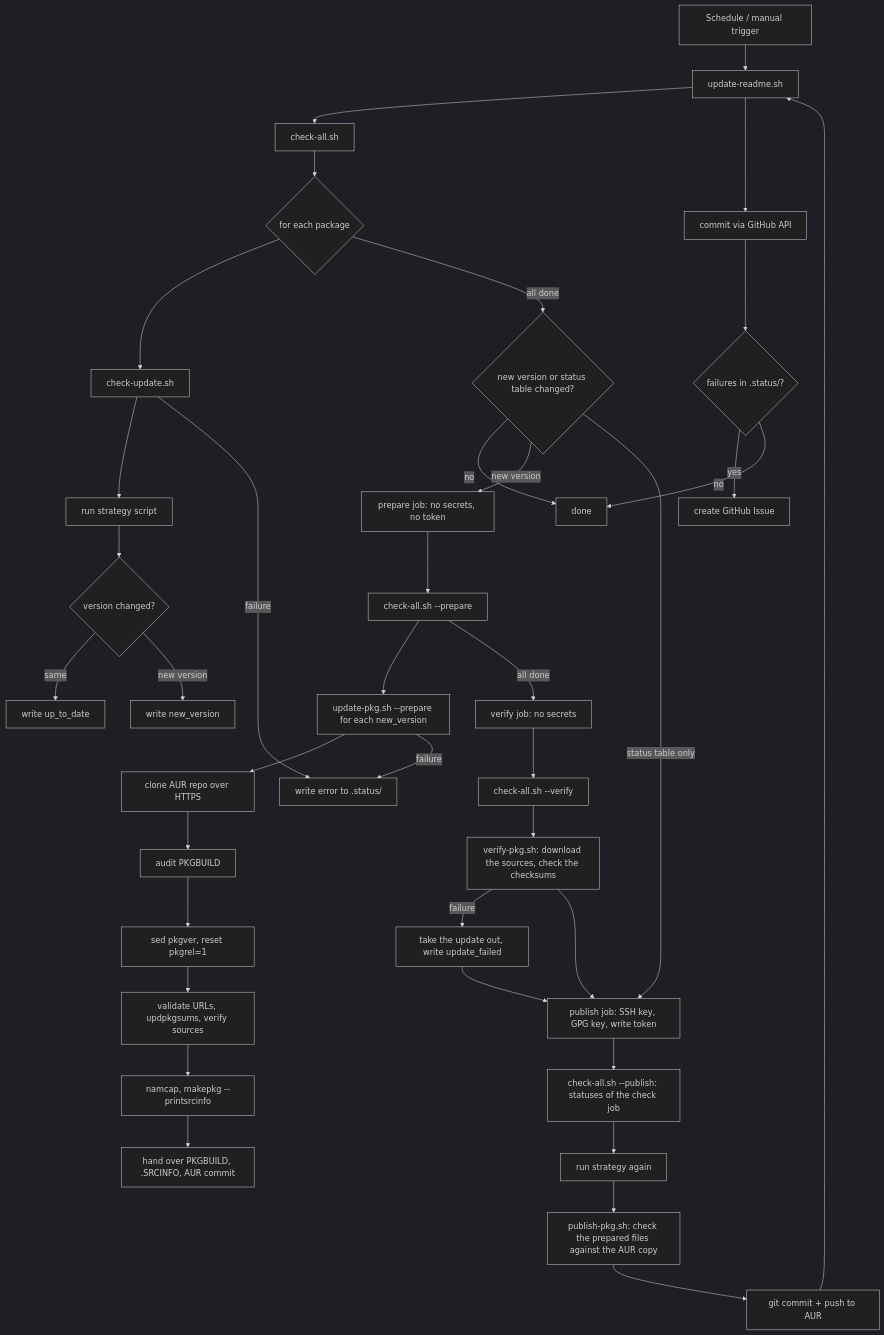
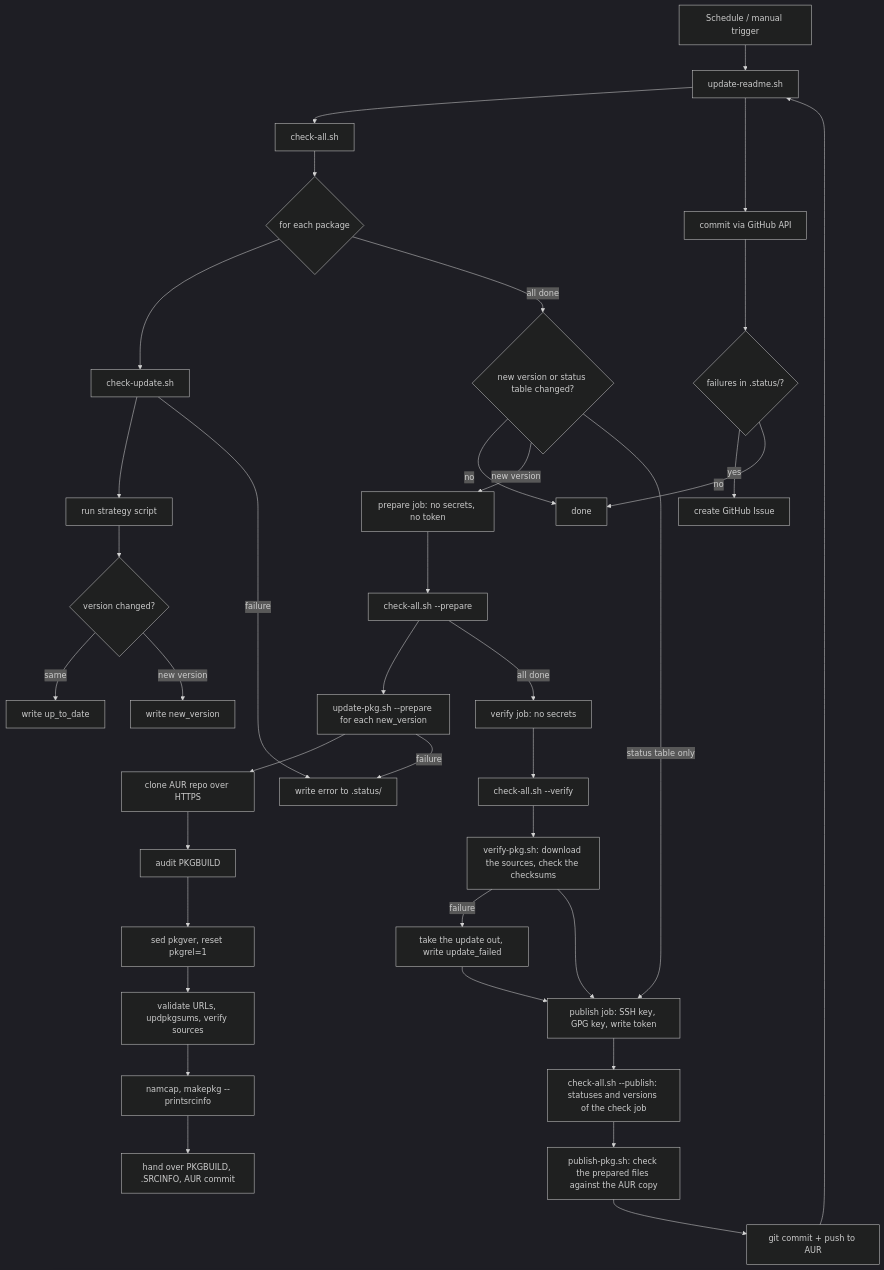
One commit to staticwire/aurtomator changed the diagram in docs/WORKFLOW.md. Above: the diagram before and after it, drawn with Mermaid (dark theme). The commit also changed other lines of this file and 5 other files, not shown here.

Commit message:
fix(scripts): run no strategy in publish

````diff
--- a/docs/WORKFLOW.md
+++ b/docs/WORKFLOW.md
@@ -20,40 +20,39 @@
 ```mermaid
 flowchart TD
     A[Schedule / manual trigger] --> K[check job: read-only token, no PKGBUILD]
     K --> B[check-all.sh]
     B --> C{for each package}
     C --> D[check-update.sh]
     D --> E[run strategy script]
     E --> F{version changed?}
     F -->|same| G[write up_to_date]
     F -->|new version| G2[write new_version]
     C -->|all done| W{new version or status table changed?}
     W -->|no| O[done]
     W -->|new version| P[prepare job: no secrets, no token]
     W -->|status table only| Q
     P --> B2[check-all.sh --prepare]
     B2 --> H[update-pkg.sh --prepare for each new_version]
     H --> H1[clone AUR repo over HTTPS]
     H1 --> H2[audit PKGBUILD]
     H2 --> H3[sed pkgver, reset pkgrel=1]
     H3 --> H4[validate URLs, updpkgsums, verify sources]
     H4 --> H5[namcap, makepkg --printsrcinfo]
     H5 --> H6[hand over PKGBUILD, .SRCINFO, AUR commit]
     H -->|failure| J[write error to .status/]
     D -->|failure| J
     B2 -->|all done| V[verify job: no secrets]
     V --> V1[check-all.sh --verify]
     V1 --> V2[verify-pkg.sh: download the sources, check the checksums]
     V2 -->|failure| V3[take the update out, write update_failed]
     V2 --> Q[publish job: SSH key, GPG key, write token]
     V3 --> Q
-    Q --> R[check-all.sh --publish: statuses of the check job]
-    R --> R1[run strategy again]
-    R1 --> R2[publish-pkg.sh: check the prepared files against the AUR copy]
+    Q --> R[check-all.sh --publish: statuses and versions of the check job]
+    R --> R2[publish-pkg.sh: check the prepared files against the AUR copy]
     R2 --> R3[git commit + push to AUR]
     R3 --> K[update-readme.sh]
     K --> L[commit via GitHub API]
     L --> M{failures in .status/?}
     M -->|yes| N[create GitHub Issue]
     M -->|no| O
 ```
````
